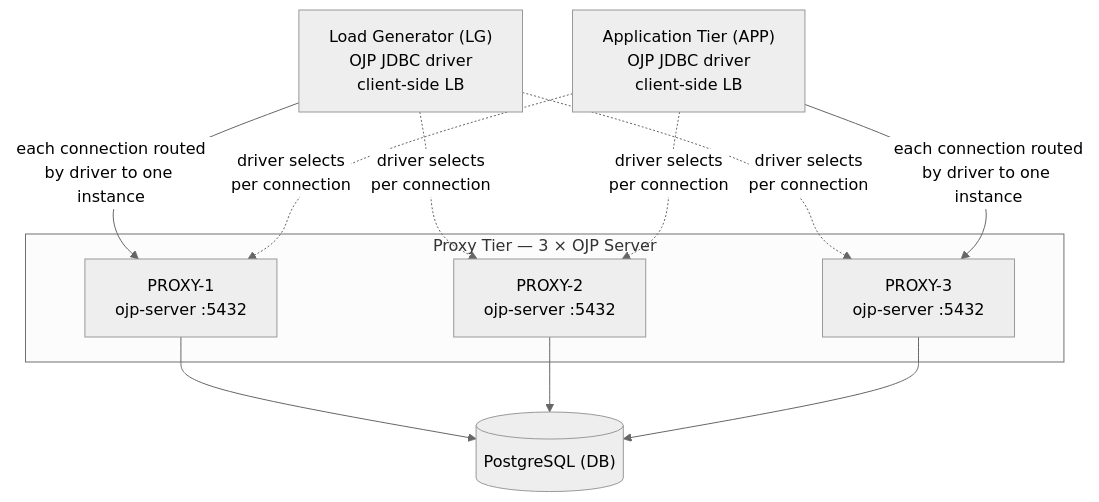
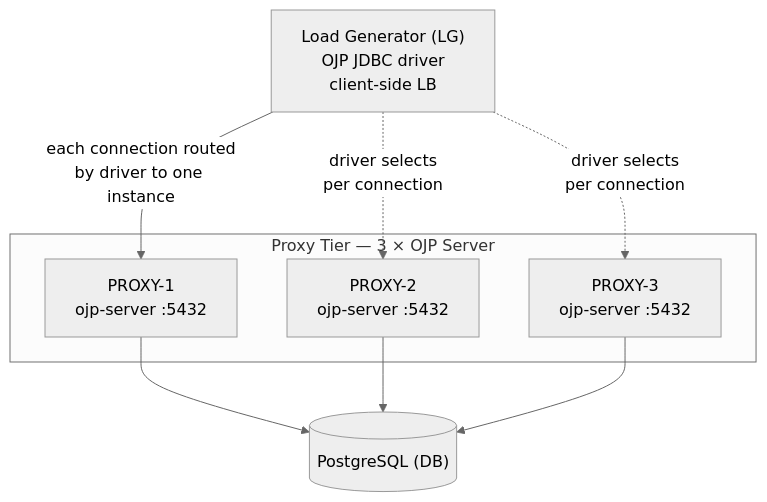
The second of 3 diagrams in docs/BENCHMARKING_GUIDE.md (rrobetti/stressar), drawn with Mermaid (neutral theme) before and after one commit. The commit also changed other lines of this file, not shown here.

Commit message:
Clarify APP node role and add quick-reference test scenario table

````diff
--- a/docs/BENCHMARKING_GUIDE.md
+++ b/docs/BENCHMARKING_GUIDE.md
@@ -86,23 +90,19 @@
 ```mermaid
 graph TD
     LG["Load Generator (LG)\nOJP JDBC driver\nclient-side LB"]
-    APP["Application Tier (APP)\nOJP JDBC driver\nclient-side LB"]
 
     subgraph PROXY_TIER ["Proxy Tier — 3 × OJP Server"]
         P1["PROXY-1\nojp-server :5432"]
         P2["PROXY-2\nojp-server :5432"]
         P3["PROXY-3\nojp-server :5432"]
     end
 
     DB[("PostgreSQL (DB)")]
 
     LG -- "each connection routed\nby driver to one instance" --> P1
     LG -. "driver selects\nper connection" .-> P2
     LG -. "driver selects\nper connection" .-> P3
-    APP -. "driver selects\nper connection" .-> P1
-    APP -. "driver selects\nper connection" .-> P2
-    APP -- "each connection routed\nby driver to one instance" --> P3
     P1 --> DB
     P2 --> DB
     P3 --> DB
 ```
````
